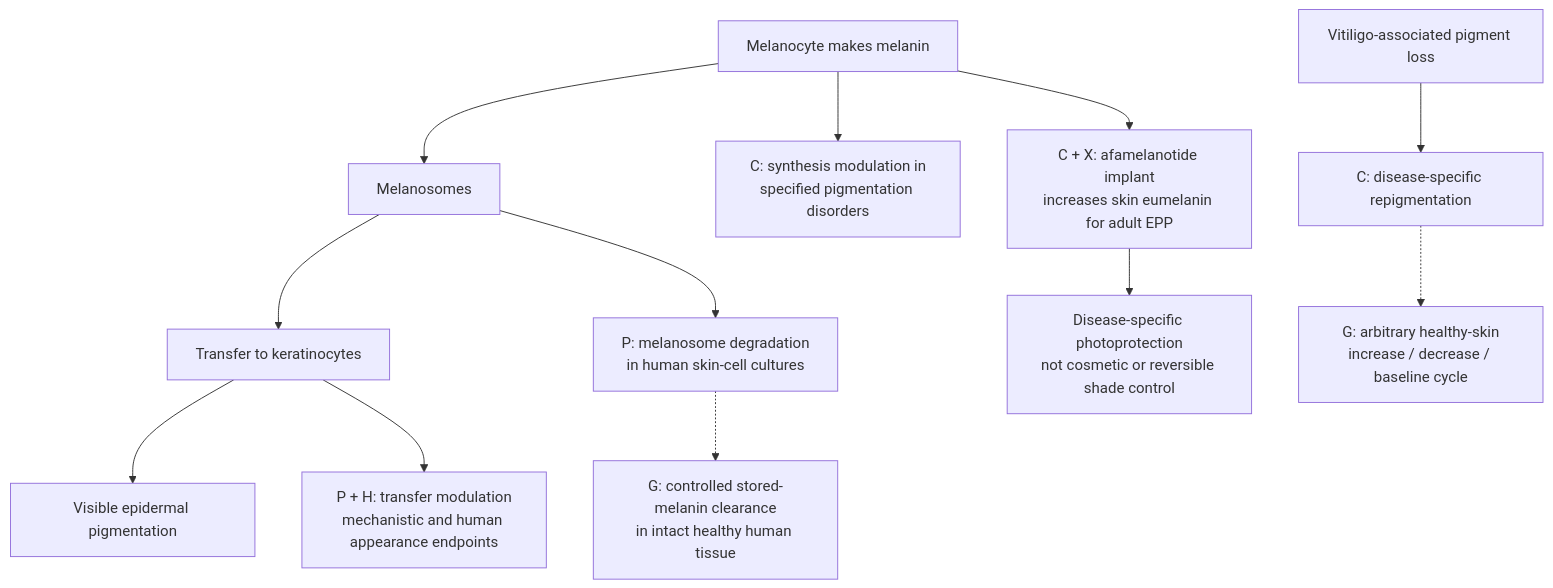
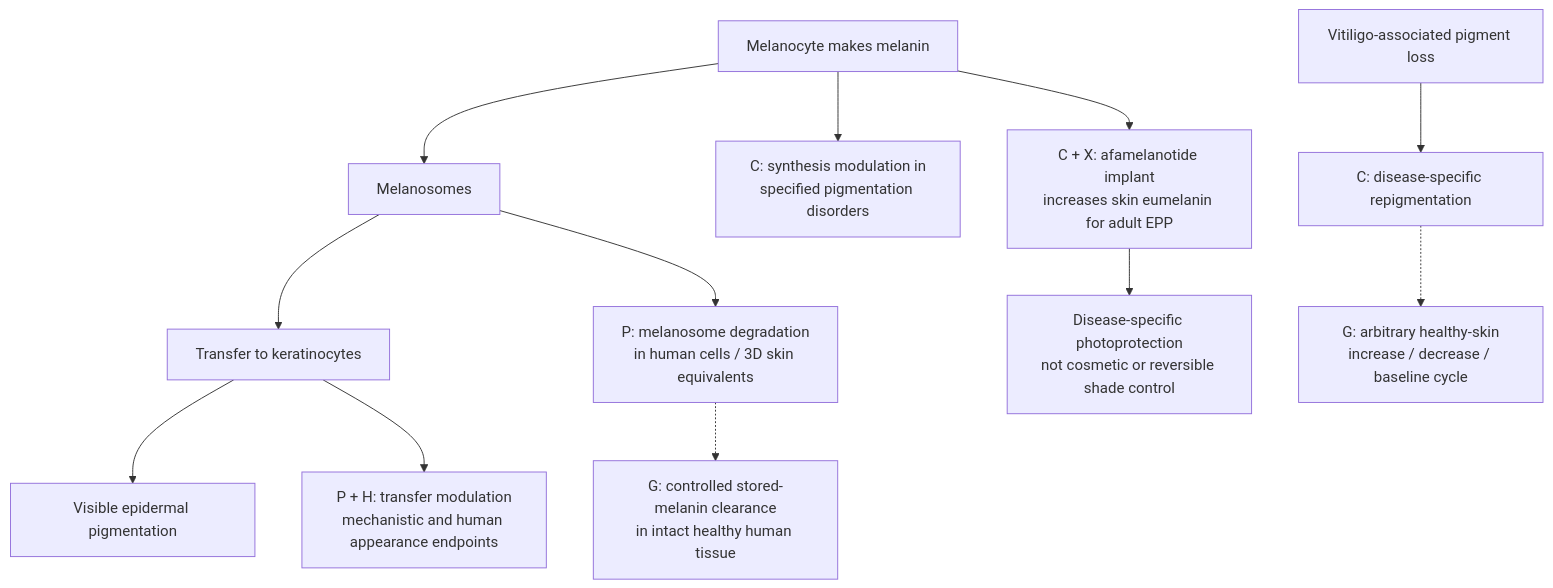
The sixth of 16 diagrams in research/tissue-pigment-atlas.md (dylanstechmann/iris-color-without-contacts), drawn with Mermaid before and after one commit. The commit also changed other lines of this file, not shown here.

Commit message:
Add recent human and model skin melanosome evidence

````diff
--- a/research/tissue-pigment-atlas.md
+++ b/research/tissue-pigment-atlas.md
@@ -143,14 +143,14 @@
 ```mermaid
 flowchart TD
     M["Melanocyte makes melanin"] --> O["Melanosomes"]
     O --> K["Transfer to keratinocytes"]
     K --> V["Visible epidermal pigmentation"]
     M --> C["C: synthesis modulation in<br/>specified pigmentation disorders"]
     M --> E["C + X: afamelanotide implant<br/>increases skin eumelanin for adult EPP"]
     E --> E2["Disease-specific photoprotection<br/>not cosmetic or reversible shade control"]
     K --> T["P + H: transfer modulation<br/>mechanistic and human appearance endpoints"]
-    O --> P["P: melanosome degradation<br/>in human skin-cell cultures"]
+    O --> P["P: melanosome degradation<br/>in human cells / 3D skin equivalents"]
     P -.-> R["G: controlled stored-melanin clearance<br/>in intact healthy human tissue"]
     D["Vitiligo-associated pigment loss"] --> I["C: disease-specific repigmentation"]
     I -.-> W["G: arbitrary healthy-skin<br/>increase / decrease / baseline cycle"]
 ```
````
